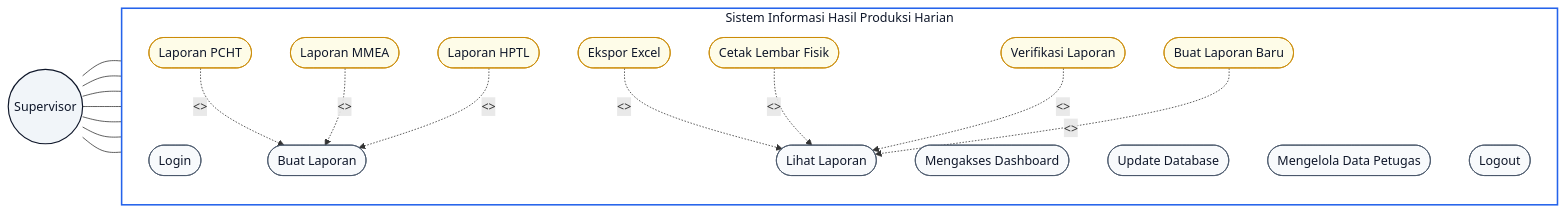
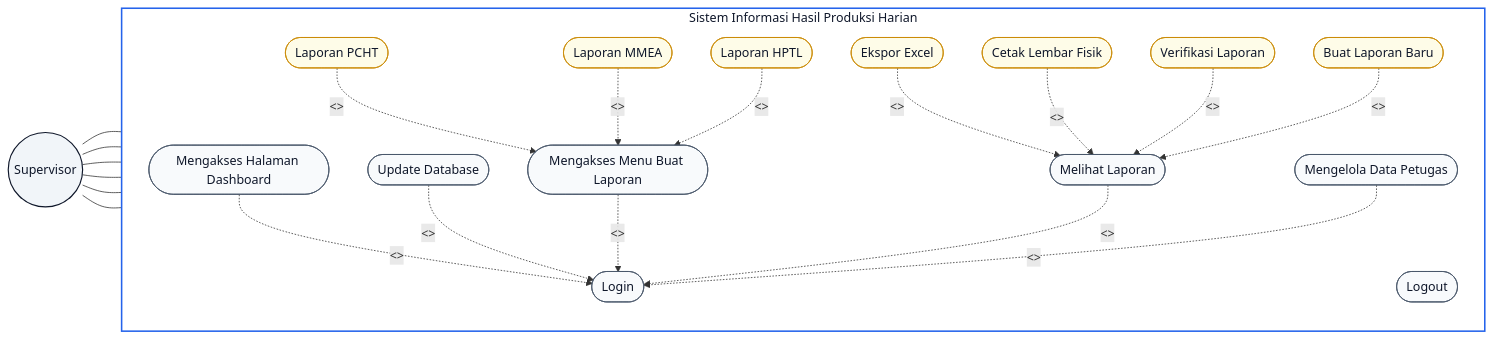
The third of 11 diagrams in docs/BAB_III_Draft.md (ZulfikarHD/scan-produksi), drawn with Mermaid before and after one commit. The commit also changed other lines of this file, not shown here.

Commit message:
refactor(docs): update use case diagrams and descriptions for user roles
Revised the use case diagrams and descriptions to clarify user interactions and access rights for both Operator and Supervisor roles. Adjusted terminology for consistency, including changes to the login requirements and menu access descriptions. Enhanced the representation of relationships between use cases to better illustrate system functionalities.

Modified: BAB_III_Draft.md

````diff
--- a/docs/BAB_III_Draft.md
+++ b/docs/BAB_III_Draft.md
@@ -203,49 +203,54 @@
 ```mermaid
 flowchart LR
     subgraph SYSTEM ["Sistem Informasi Hasil Produksi Harian"]
         direction TB
         UC_LOGIN(["Login"])
-        UC_DASH(["Mengakses Dashboard"])
+        UC_DASH(["Mengakses Halaman Dashboard"])
         UC_UPDATE(["Update Database"])
-        UC_BUAT(["Buat Laporan"])
-        UC_LIHAT(["Lihat Laporan"])
+        UC_BUAT(["Mengakses Menu Buat Laporan"])
+        UC_LIHAT(["Melihat Laporan"])
         UC_PETUGAS(["Mengelola Data Petugas"])
         UC_LOGOUT(["Logout"])
 
         UC_PCHT(["Laporan PCHT"])
         UC_MMEA(["Laporan MMEA"])
         UC_HPTL(["Laporan HPTL"])
         UC_EXCEL(["Ekspor Excel"])
         UC_CETAK(["Cetak Lembar Fisik"])
         UC_VERIF(["Verifikasi Laporan"])
         UC_BUAT_EXT(["Buat Laporan Baru"])
     end
 
     ACT_SPV((Supervisor))
 
-    ACT_SPV --- UC_LOGIN
     ACT_SPV --- UC_DASH
     ACT_SPV --- UC_UPDATE
     ACT_SPV --- UC_BUAT
     ACT_SPV --- UC_LIHAT
     ACT_SPV --- UC_PETUGAS
     ACT_SPV --- UC_LOGOUT
+
+    UC_DASH -. "<<include>>" .-> UC_LOGIN
+    UC_UPDATE -. "<<include>>" .-> UC_LOGIN
+    UC_BUAT -. "<<include>>" .-> UC_LOGIN
+    UC_LIHAT -. "<<include>>" .-> UC_LOGIN
+    UC_PETUGAS -. "<<include>>" .-> UC_LOGIN
 
     UC_PCHT -. "<<extend>>" .-> UC_BUAT
     UC_MMEA -. "<<extend>>" .-> UC_BUAT
     UC_HPTL -. "<<extend>>" .-> UC_BUAT
     UC_EXCEL -. "<<extend>>" .-> UC_LIHAT
     UC_CETAK -. "<<extend>>" .-> UC_LIHAT
     UC_VERIF -. "<<extend>>" .-> UC_LIHAT
     UC_BUAT_EXT -. "<<extend>>" .-> UC_LIHAT
 
     classDef act fill:#f1f5f9,stroke:#0f172a,stroke-width:1.5px,color:#0f172a;
     classDef sys fill:#ffffff,stroke:#2563eb,stroke-width:2px,color:#0f172a;
     classDef uc fill:#f8fafc,stroke:#475569,stroke-width:1px,color:#0f172a;
     classDef ext fill:#fefce8,stroke:#ca8a04,stroke-width:1px,color:#0f172a;
 
     class ACT_SPV act;
     class SYSTEM sys;
     class UC_LOGIN,UC_DASH,UC_UPDATE,UC_BUAT,UC_LIHAT,UC_PETUGAS,UC_LOGOUT uc;
     class UC_PCHT,UC_MMEA,UC_HPTL,UC_EXCEL,UC_CETAK,UC_VERIF,UC_BUAT_EXT ext;
 ```
````
